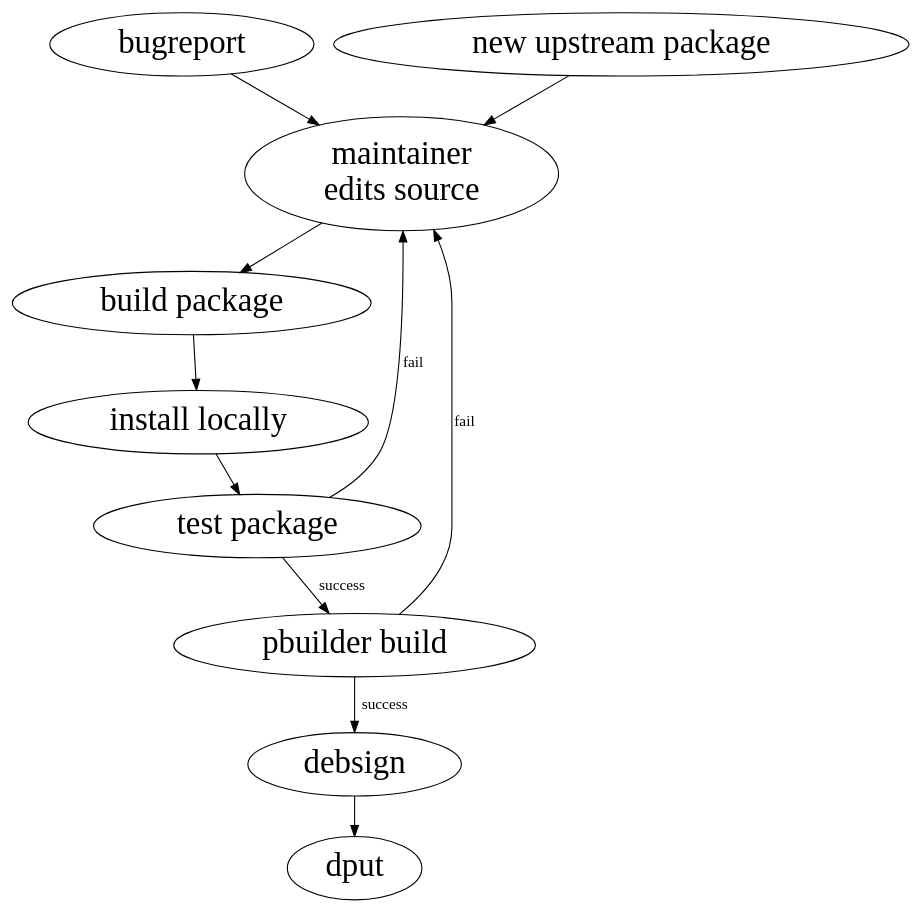
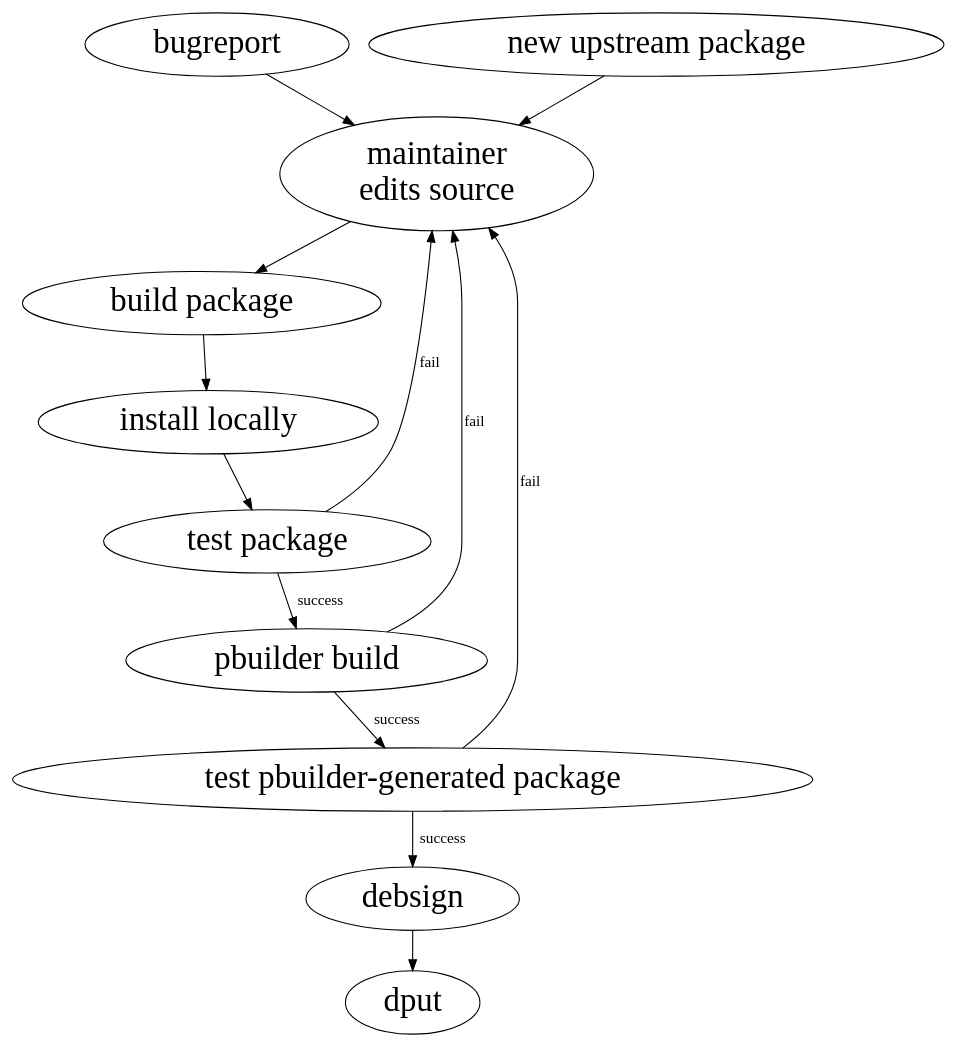
The diagram in Documentation/debconf7/develcycle.dot (mpalmer/pbuilder), drawn with Graphviz before and after one commit. The commit also changed 2 other files, not shown here.

```diff
--- a/Documentation/debconf7/develcycle.dot
+++ b/Documentation/debconf7/develcycle.dot
@@ -1,17 +1,19 @@
 // (let* ((dot buffer-file-name) (eps (replace-regexp-in-string "dot$" "eps" dot)) (svg (replace-regexp-in-string "dot$" "svg" dot))) (shell-command (concat "dot "dot" -T ps > "eps"; gv "eps)))
 digraph structure {
 mindist=1
 node [fontsize=30]
 
 "edit source" [label="maintainer\nedits source"] 
 "bugreport"->"edit source"
 "new upstream package"->"edit source"
 "edit source"->"build package"
 "build package"->"install locally"
 "install locally"->"test package"
 "test package"->"edit source" [label="fail"]
 "test package"->"pbuilder build" [label="success"]
 "pbuilder build"->"edit source" [label="fail"]
-"pbuilder build"->"debsign" [label="success"]
+"pbuilder build"->"test pbuilder-generated package" [label="success"]
+"test pbuilder-generated package"->"debsign" [label="success"]
+"test pbuilder-generated package"->"edit source" [label="fail"]
 "debsign"->"dput"
 }
```
